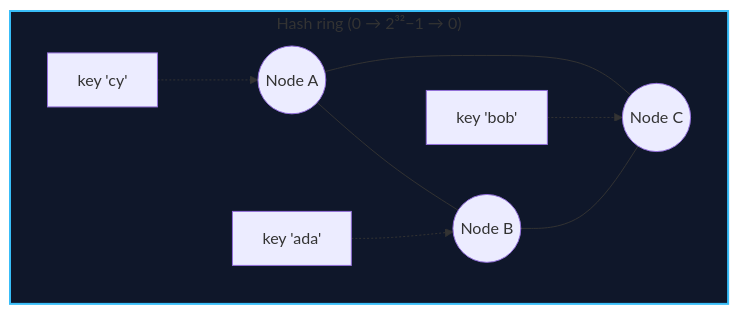
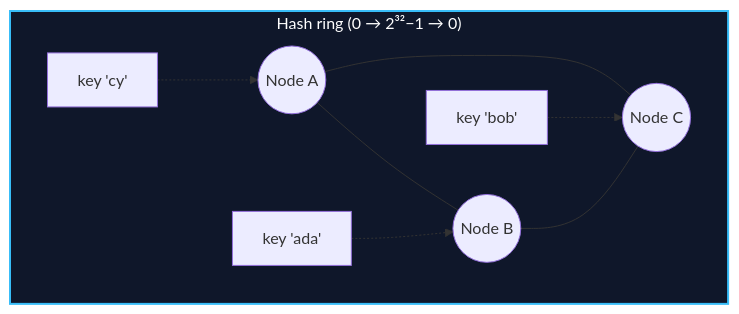
Before and after one commit to 1345AbhishekKumar/cs-cookbook: the second of 2 diagrams in content/docs/databases-sql/04-distributed-data-and-nosql/02-partitioning-and-sharding.mdx, drawn with Mermaid. The commit also changed other lines of this file and 80 other files, not shown here.

````diff
--- a/content/docs/databases-sql/04-distributed-data-and-nosql/02-partitioning-and-sharding.mdx
+++ b/content/docs/databases-sql/04-distributed-data-and-nosql/02-partitioning-and-sharding.mdx
@@ -126,12 +126,12 @@
 ```mermaid
 flowchart LR
     subgraph Ring["Hash ring (0 → 2³²−1 → 0)"]
         direction LR
         N1(("Node A")) --- N2(("Node B")) --- N3(("Node C")) --- N1
         K1["key 'ada'"] -.-> N2
         K2["key 'bob'"] -.-> N3
         K3["key 'cy'"] -.-> N1
     end
 
-    style Ring fill:#0f172a,stroke:#38bdf8,stroke-width:2px
+    style Ring fill:#0f172a,stroke:#38bdf8,stroke-width:2px,color:#ffffff
 ```
````
